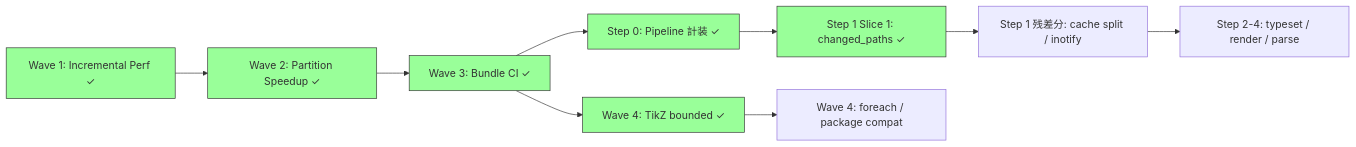
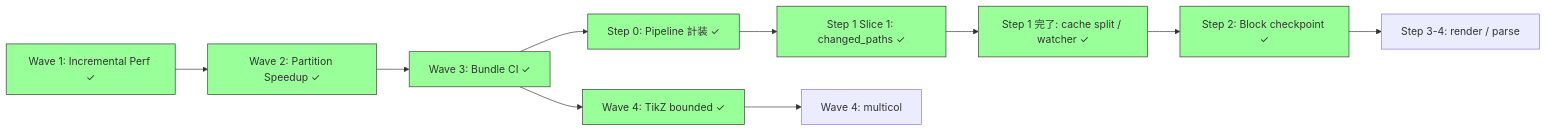
Before and after one commit to RK0429/ferritex: the diagram in docs/planning_report.md, drawn with Mermaid. The commit also changed other lines of this file and 14 other files, not shown here.

````diff
--- a/docs/planning_report.md
+++ b/docs/planning_report.md
@@ -135,17 +157,20 @@
 ```mermaid
 graph LR
     W1[Wave 1: Incremental Perf ✓] --> W2[Wave 2: Partition Speedup ✓]
     W2 --> W3[Wave 3: Bundle CI ✓]
     W3 --> S0[Step 0: Pipeline 計装 ✓]
     S0 --> S1A[Step 1 Slice 1: changed_paths ✓]
     W3 --> W4[Wave 4: TikZ bounded ✓]
-    S1A --> S1R[Step 1 残差分: cache split / inotify]
-    S1R --> S234[Step 2-4: typeset / render / parse]
-    W4 --> W4R[Wave 4: foreach / package compat]
+    S1A --> S1R[Step 1 完了: cache split / watcher ✓]
+    S1R --> S2[Step 2: Block checkpoint ✓]
+    S2 --> S34[Step 3-4: render / parse]
+    W4 --> W4R[Wave 4: multicol]
     style W1 fill:#9f9,stroke:#333
     style W2 fill:#9f9,stroke:#333
     style W3 fill:#9f9,stroke:#333
     style S0 fill:#9f9,stroke:#333
     style S1A fill:#9f9,stroke:#333
+    style S1R fill:#9f9,stroke:#333
+    style S2 fill:#9f9,stroke:#333
     style W4 fill:#9f9,stroke:#333
 ```
````
